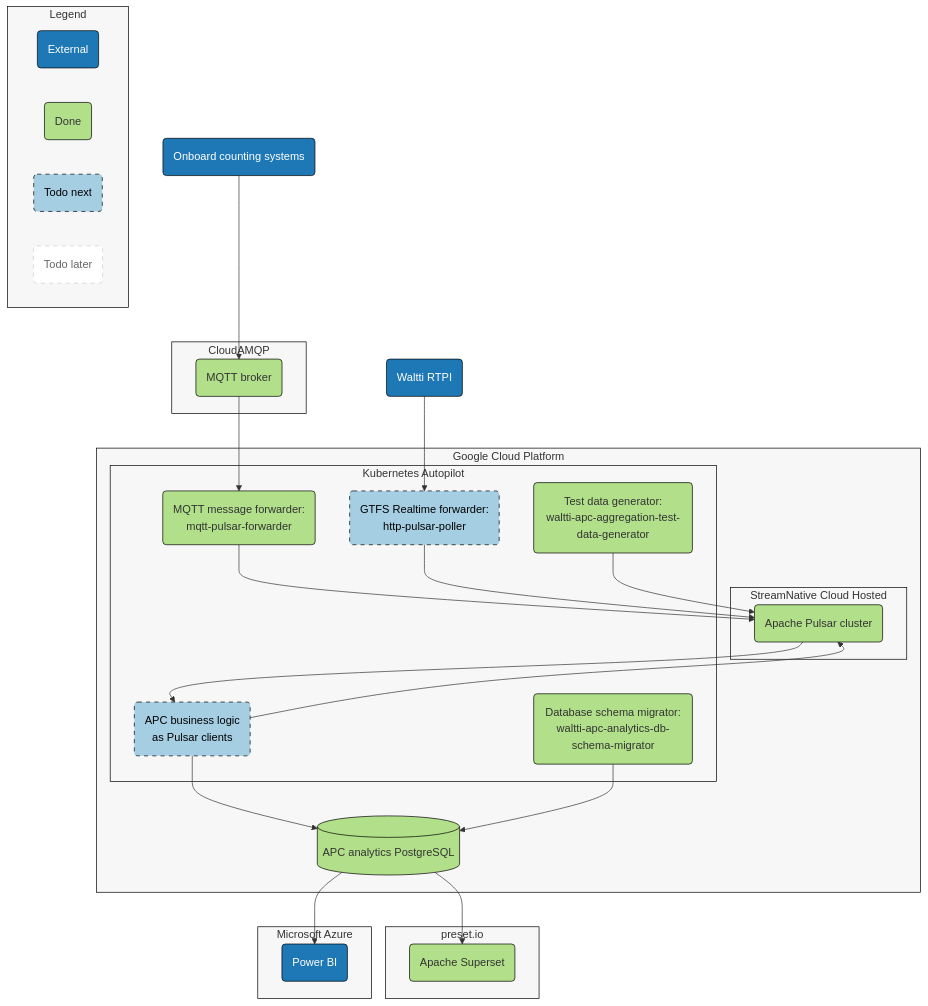
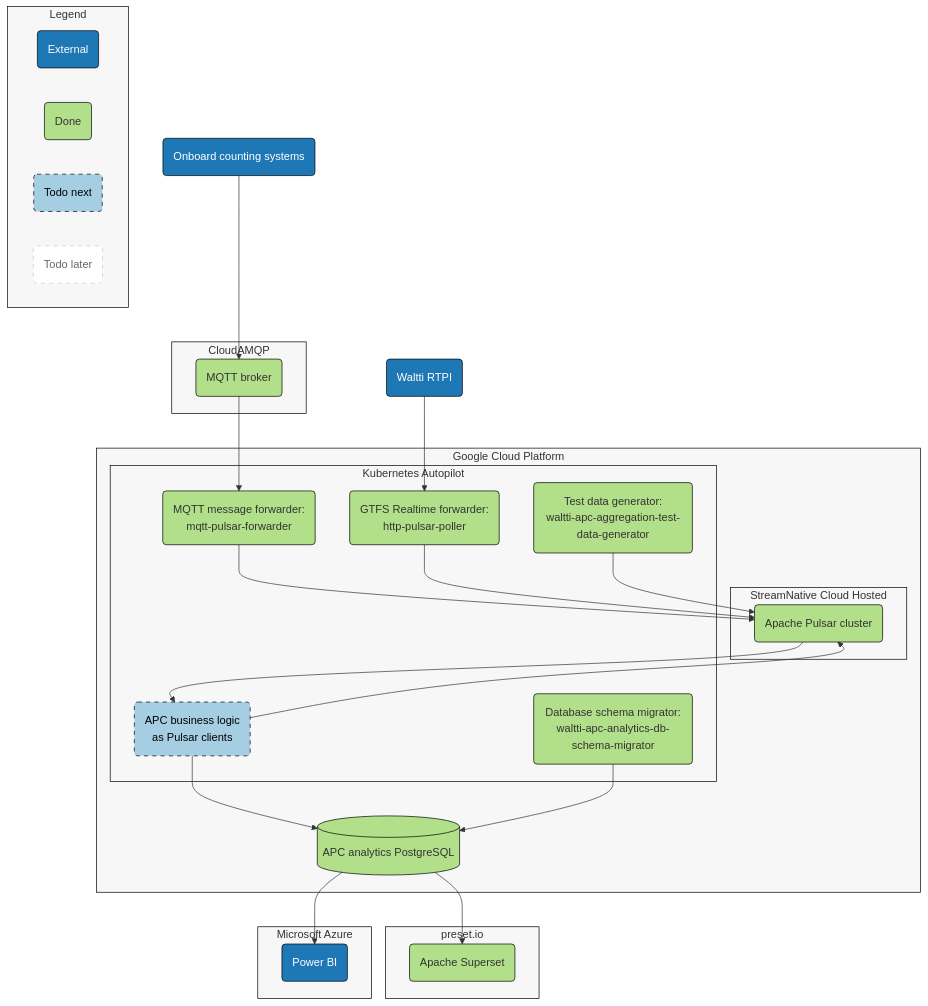
Before and after one commit to tvv-lippu-ja-maksujarjestelma-oy/waltti-apc: the first of 2 diagrams in README.md, drawn with Mermaid. The commit also changed other lines of this file, not shown here.

Commit message:
Update architecture diagrams

```diff
--- a/README.md
+++ b/README.md
@@ -75,11 +75,11 @@
   class dbschemamigrator done
   class testdatagenerator done
   class db done
+  class httppulsarpoller done
 
   classDef later fill:#fff,stroke:#ccc,stroke-width:1px,color:#666,stroke-dasharray: 6 6
 
   classDef next fill:#a5cee3,stroke:#000,stroke-width:1px,color:#000,stroke-dasharray: 6 6
-  class httppulsarpoller next
   class pulsarclients next
 
   %% Legend
```
